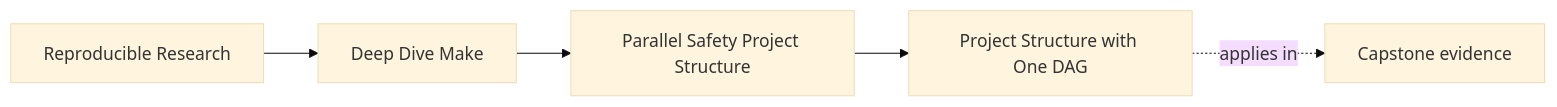
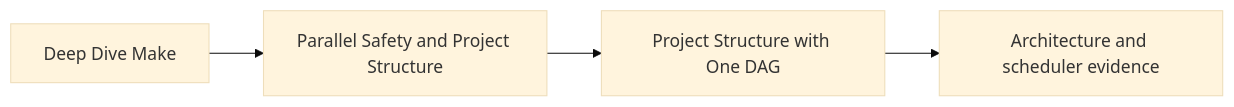
Before and after one commit to bijux/bijux-masterclass: the first of 3 diagrams in programs/reproducible-research/deep-dive-make/course-book/module-02-parallel-safety-project-structure/project-structure-with-one-dag.md, drawn with Mermaid (base theme). The commit also changed other lines of this file, not shown here.

Commit message:
docs(make): preserve scheduler visibility across layers

````diff
--- a/programs/reproducible-research/deep-dive-make/course-book/module-02-parallel-safety-project-structure/project-structure-with-one-dag.md
+++ b/programs/reproducible-research/deep-dive-make/course-book/module-02-parallel-safety-project-structure/project-structure-with-one-dag.md
@@ -7,11 +9,6 @@
 ```mermaid
 graph LR
-  family["Reproducible Research"]
-  program["Deep Dive Make"]
-  section["Parallel Safety Project Structure"]
-  page["Project Structure with One DAG"]
-  capstone["Capstone evidence"]
-
-  family --> program --> section --> page
-  page -.applies in.-> capstone
+  course["Deep Dive Make"] --> module["Parallel Safety and Project Structure"]
+  module --> page["Project Structure with One DAG"]
+  page --> proof["Architecture and scheduler evidence"]
 ```
````
